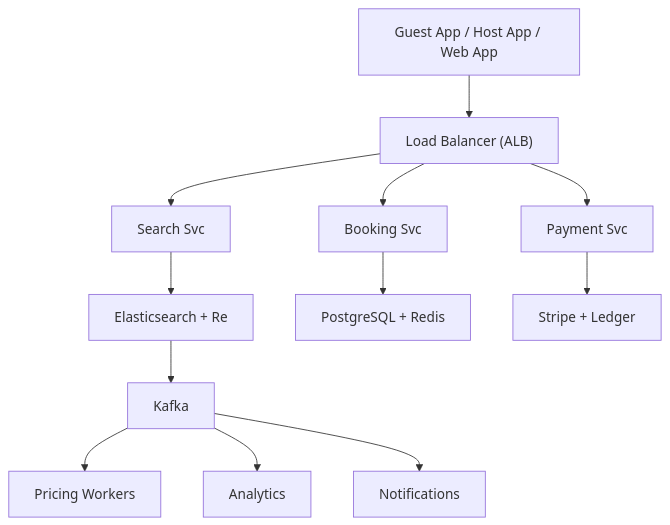
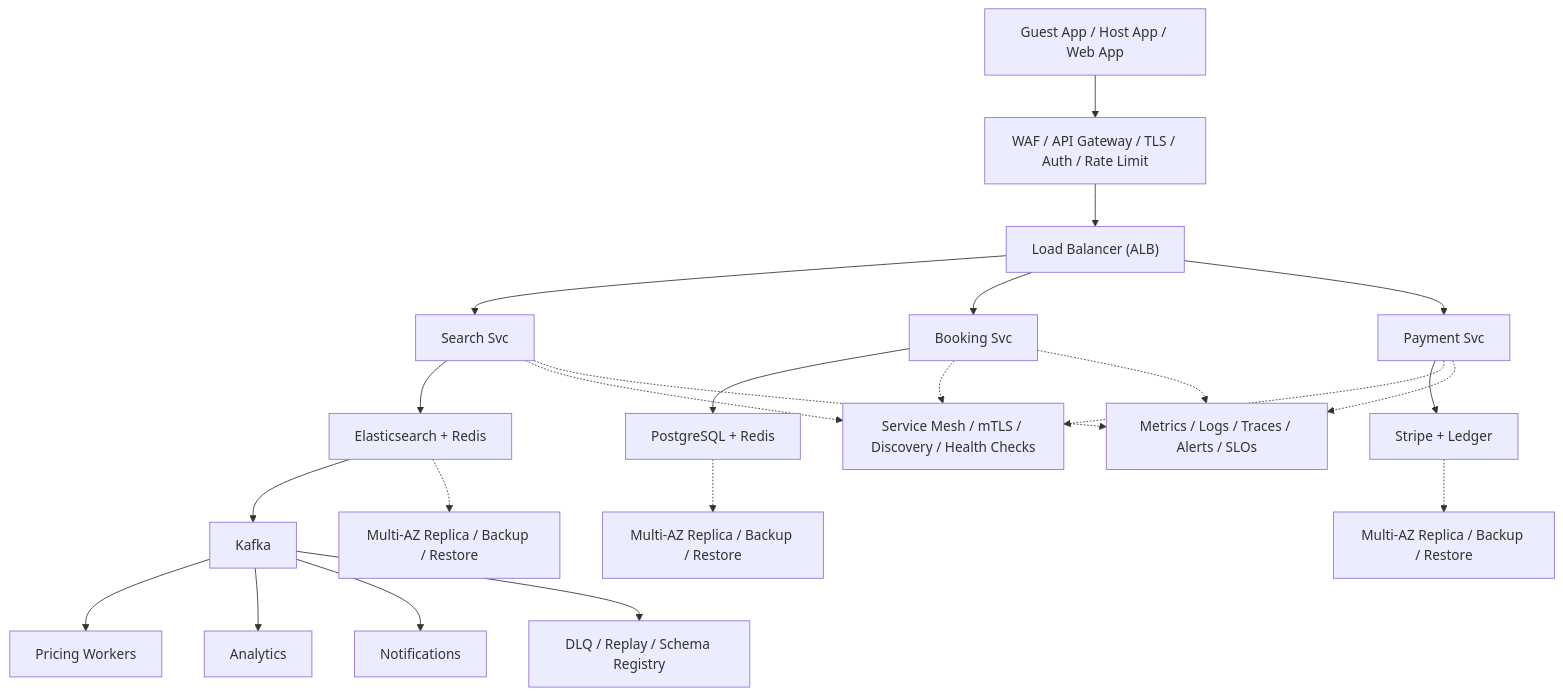
One commit to aishwary11/system-design changed the diagram in system-design-airbnb.md. Above: the diagram before and after it, drawn with Mermaid. The commit also changed 31 other files, not shown here.

Commit message:
Add production-grade architecture details

````diff
--- a/system-design-airbnb.md
+++ b/system-design-airbnb.md
@@ -38,14 +38,25 @@
 ```mermaid
 flowchart TB
-    clients["Guest App / Host App / Web App"] --> lb["Load Balancer (ALB)"]
+    clients["Guest App / Host App / Web App"] --> edge["WAF / API Gateway / TLS / Auth / Rate Limit"]
+    edge --> lb["Load Balancer (ALB)"]
     lb --> svc0["Search Svc"]
     lb --> svc1["Booking Svc"]
     lb --> svc2["Payment Svc"]
-    svc0 --> store0["Elasticsearch + Re"]
+    svc0 --> store0["Elasticsearch + Redis"]
     svc1 --> store1["PostgreSQL + Redis"]
     svc2 --> store2["Stripe + Ledger"]
     store0 --> stream["Kafka"]
     stream --> worker0["Pricing Workers"]
     stream --> worker1["Analytics"]
     stream --> worker2["Notifications"]
+    svc0 -.-> platform["Service Mesh / mTLS / Discovery / Health Checks"]
+    svc1 -.-> platform
+    svc2 -.-> platform
+    store0 -.-> backup0["Multi-AZ Replica / Backup / Restore"]
+    store1 -.-> backup1["Multi-AZ Replica / Backup / Restore"]
+    store2 -.-> backup2["Multi-AZ Replica / Backup / Restore"]
+    stream --> dlq["DLQ / Replay / Schema Registry"]
+    svc0 -.-> ops["Metrics / Logs / Traces / Alerts / SLOs"]
+    svc1 -.-> ops
+    svc2 -.-> ops
 ```
````
